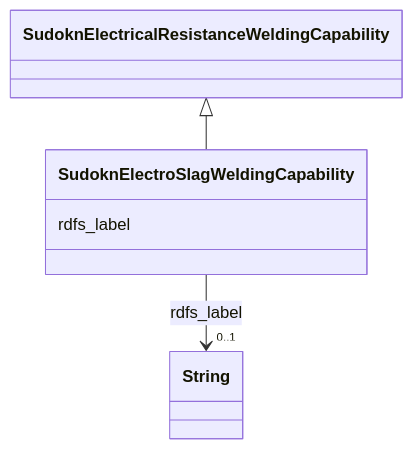
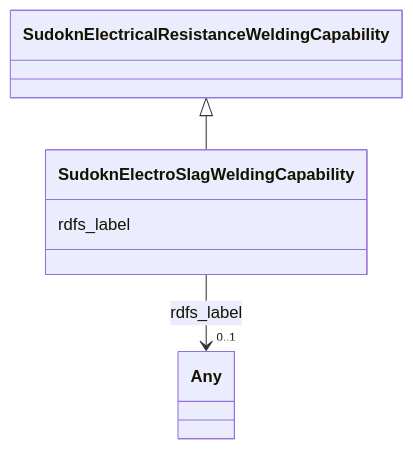
The diagram in sudokn-kg/classes/SudoknElectroSlagWeldingCapability.md (frink-okn/graph-descriptions), drawn with Mermaid before and after one commit. The commit also changed other lines of this file and 903 other files, not shown here.

````diff
--- a/sudokn-kg/classes/SudoknElectroSlagWeldingCapability.md
+++ b/sudokn-kg/classes/SudoknElectroSlagWeldingCapability.md
@@ -23,18 +16,18 @@
 ```mermaid
  classDiagram
     class SudoknElectroSlagWeldingCapability
     click SudoknElectroSlagWeldingCapability href "../SudoknElectroSlagWeldingCapability"
       SudoknElectricalResistanceWeldingCapability <|-- SudoknElectroSlagWeldingCapability
         click SudoknElectricalResistanceWeldingCapability href "../SudoknElectricalResistanceWeldingCapability"
       
       SudoknElectroSlagWeldingCapability : rdfs_label
         
           
     
     
-    SudoknElectroSlagWeldingCapability --> "0..1" String : rdfs_label
-    click String href "../String"
+    SudoknElectroSlagWeldingCapability --> "0..1" Any : rdfs_label
+    click Any href "../Any"
 
         
       
 ```
````
